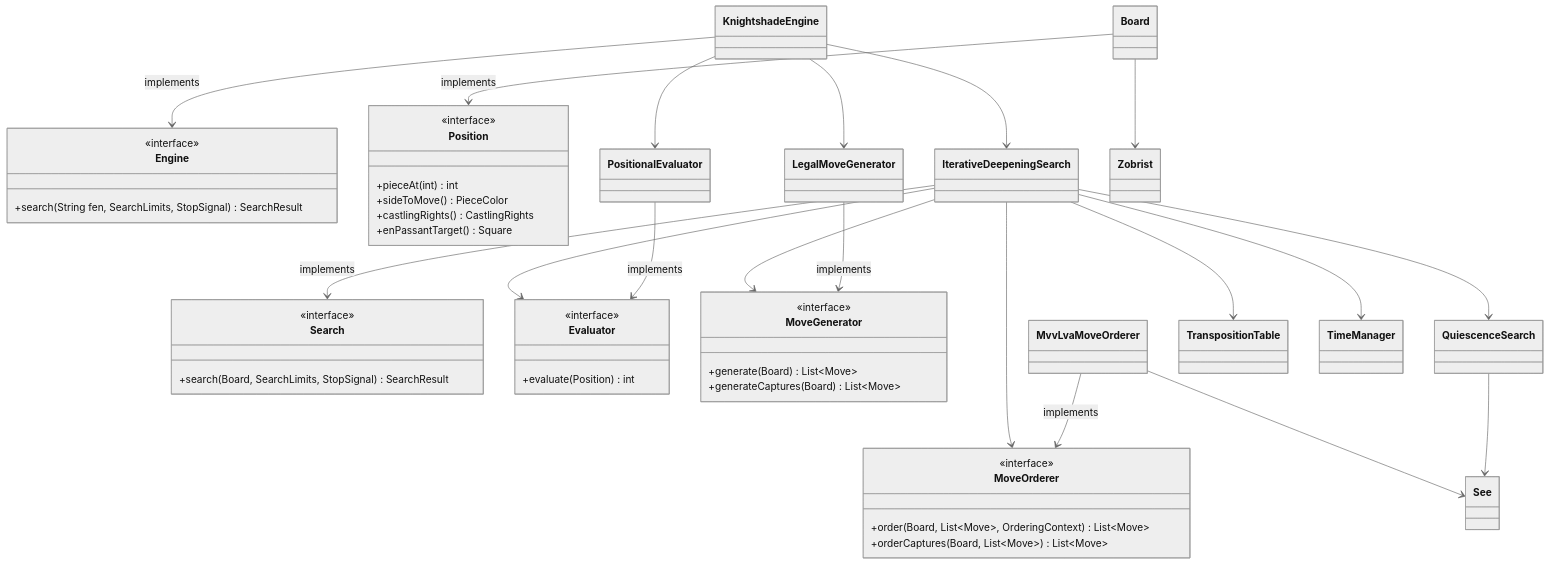
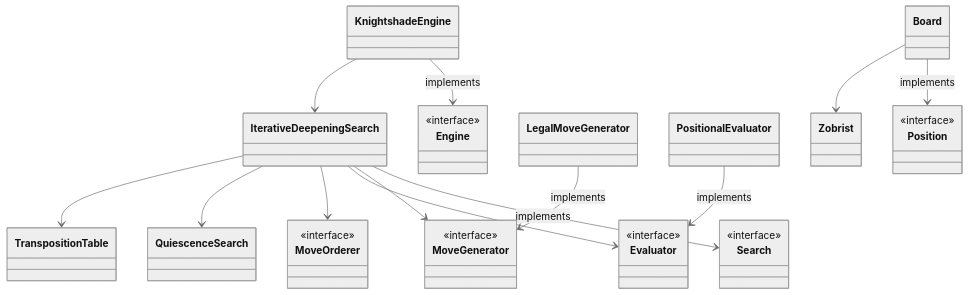
One commit to escontrela/lastmove changed the first of 6 diagrams in docs/knightshade-engine.md. Above: the diagram before and after it, drawn with Mermaid (neutral theme). The commit also changed other lines of this file and 12 other files, not shown here.

````diff
--- a/docs/knightshade-engine.md
+++ b/docs/knightshade-engine.md
@@ -40,67 +44,30 @@
-```mermaid
+~~~mermaid
 classDiagram
     direction TB
-
-    class Engine {
-        <<interface>>
-        +search(String fen, SearchLimits, StopSignal) SearchResult
-    }
-    class Search {
-        <<interface>>
-        +search(Board, SearchLimits, StopSignal) SearchResult
-    }
-    class Evaluator {
-        <<interface>>
-        +evaluate(Position) int
-    }
-    class MoveGenerator {
-        <<interface>>
-        +generate(Board) List~Move~
-        +generateCaptures(Board) List~Move~
-    }
-    class MoveOrderer {
-        <<interface>>
-        +order(Board, List~Move~, OrderingContext) List~Move~
-        +orderCaptures(Board, List~Move~) List~Move~
-    }
-    class Position {
-        <<interface>>
-        +pieceAt(int) int
-        +sideToMove() PieceColor
-        +castlingRights() CastlingRights
-        +enPassantTarget() Square
-    }
-
+    class Engine { <<interface>> }
+    class Search { <<interface>> }
+    class Position { <<interface>> }
+    class Evaluator { <<interface>> }
+    class MoveGenerator { <<interface>> }
+    class MoveOrderer { <<interface>> }
     class KnightshadeEngine
     class Board
     class LegalMoveGenerator
     class PositionalEvaluator
-    class MvvLvaMoveOrderer
     class IterativeDeepeningSearch
     class QuiescenceSearch
     class TranspositionTable
-    class See
-    class TimeManager
     class Zobrist
-
     KnightshadeEngine --> Engine : implements
     KnightshadeEngine --> IterativeDeepeningSearch
-    KnightshadeEngine --> LegalMoveGenerator
-    KnightshadeEngine --> PositionalEvaluator
-
     IterativeDeepeningSearch --> Search : implements
     IterativeDeepeningSearch --> MoveGenerator
     IterativeDeepeningSearch --> Evaluator
     IterativeDeepeningSearch --> MoveOrderer
     IterativeDeepeningSearch --> QuiescenceSearch
     IterativeDeepeningSearch --> TranspositionTable
-    IterativeDeepeningSearch --> TimeManager
-
     Board --> Position : implements
     Board --> Zobrist
     LegalMoveGenerator --> MoveGenerator : implements
     PositionalEvaluator --> Evaluator : implements
-    MvvLvaMoveOrderer --> MoveOrderer : implements
-    MvvLvaMoveOrderer --> See
-    QuiescenceSearch --> See
-```
+~~~
````
